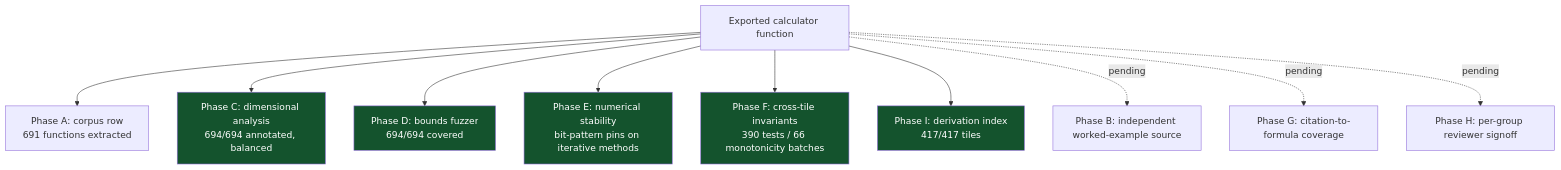
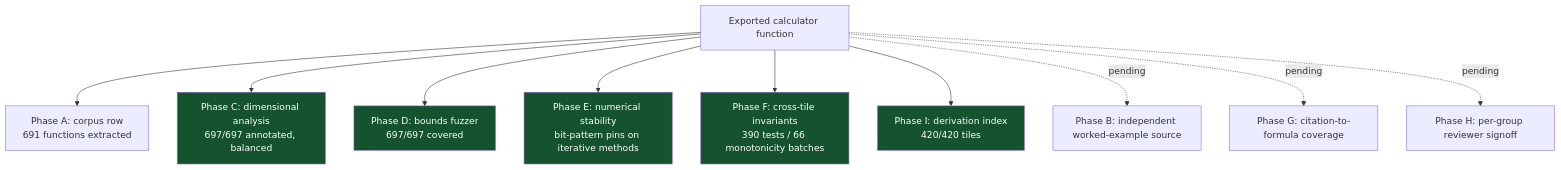
One commit to clay-good/roughlogic.com changed the fourth of 5 diagrams in README.md. Above: the diagram before and after it, drawn with Mermaid. The commit also changed other lines of this file and 16 other files, not shown here.

````diff
--- a/README.md
+++ b/README.md
@@ -206,17 +208,17 @@
 ```mermaid
 flowchart TB
     F[Exported calculator function] --> A[Phase A: corpus row\n691 functions extracted]
-    F --> C[Phase C: dimensional analysis\n694/694 annotated, balanced]
-    F --> D[Phase D: bounds fuzzer\n694/694 covered]
+    F --> C[Phase C: dimensional analysis\n697/697 annotated, balanced]
+    F --> D[Phase D: bounds fuzzer\n697/697 covered]
     F --> E[Phase E: numerical stability\nbit-pattern pins on iterative methods]
     F --> Fa[Phase F: cross-tile invariants\n390 tests / 66 monotonicity batches]
-    F --> I[Phase I: derivation index\n417/417 tiles]
+    F --> I[Phase I: derivation index\n420/420 tiles]
     F -.pending.-> B[Phase B: independent worked-example source]
     F -.pending.-> G[Phase G: citation-to-formula coverage]
     F -.pending.-> H[Phase H: per-group reviewer signoff]
     style C fill:#14532d,color:#fff
     style D fill:#14532d,color:#fff
     style E fill:#14532d,color:#fff
     style Fa fill:#14532d,color:#fff
     style I fill:#14532d,color:#fff
 ```
````
